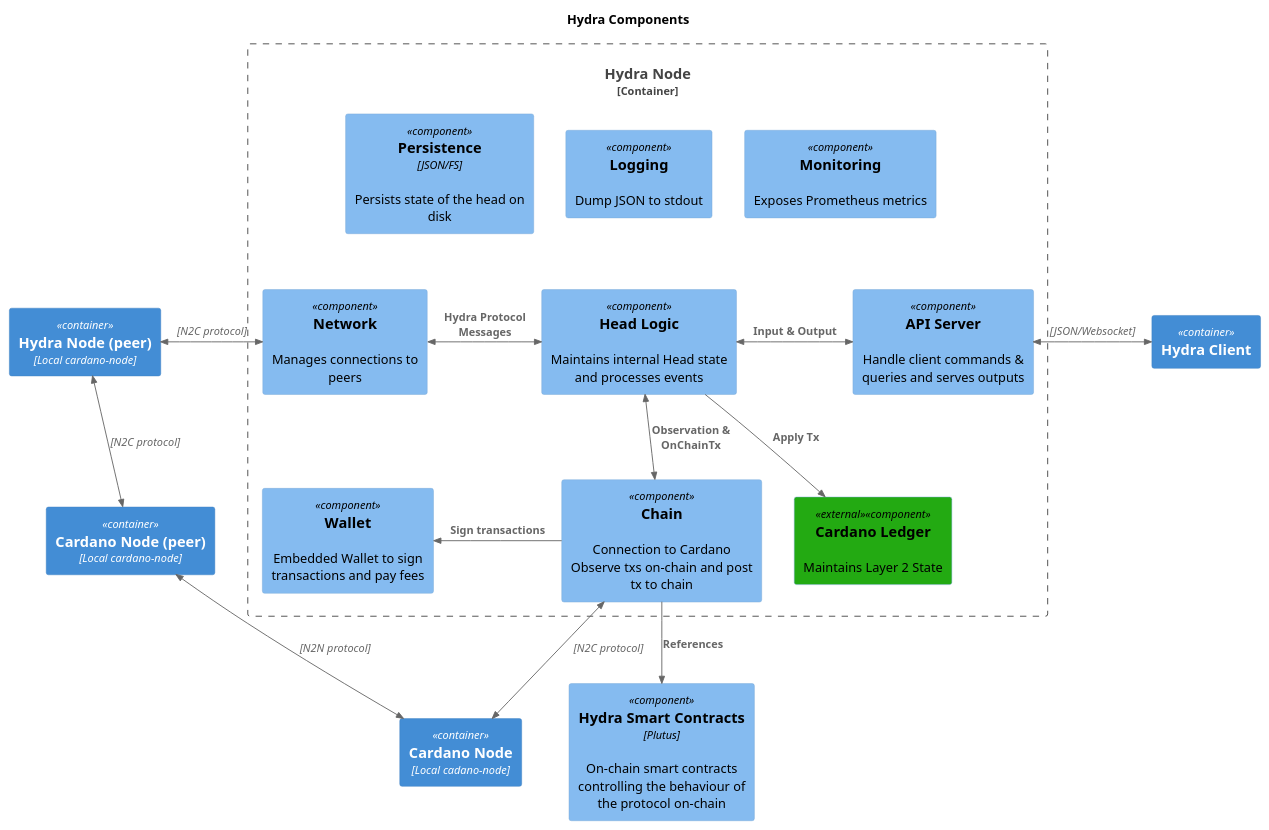
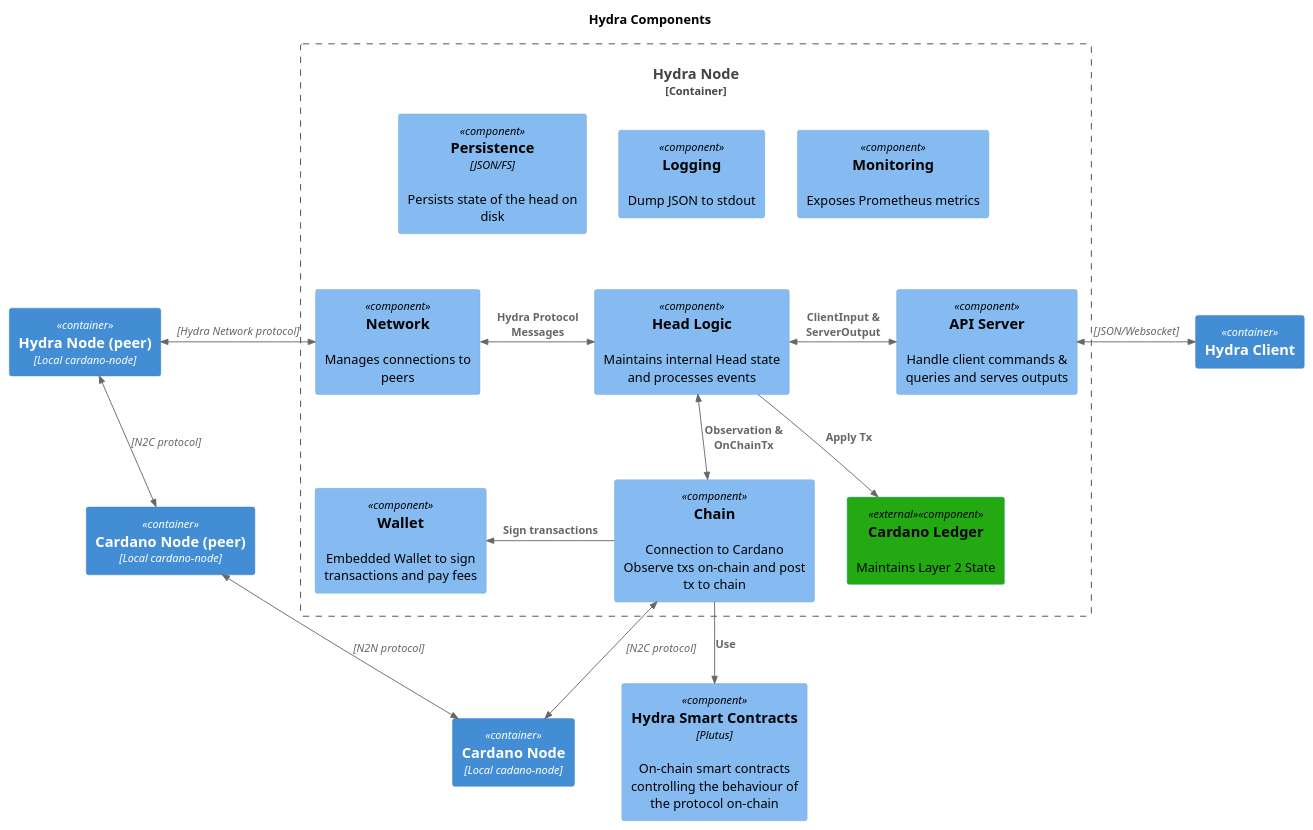
The diagram in core-concepts/architecture/architecture-c4.puml (cardano-scaling/website), drawn with PlantUML before and after one commit. The commit also changed 1 other file, not shown here.

```diff
--- a/core-concepts/architecture/architecture-c4.puml
+++ b/core-concepts/architecture/architecture-c4.puml
@@ -1,42 +1,42 @@
 @startuml hydra-components.png
 title "Hydra Components"
 !include https://raw.githubusercontent.com/plantuml-stdlib/C4-PlantUML/master/C4_Component.puml
 
 AddElementTag("external", $bgColor="#23aa12")
 
 Container_Boundary(hydra_node, "Hydra Node") {
    Component(persistence, "Persistence", "JSON/FS", "Persists state of the head on disk", $link="https://github.com/input-output-hk/hydra/blob/master/hydra-node/src/Hydra/Persistence.hs")
    Component(head_logic, "Head Logic", "", "Maintains internal Head state and processes events", $link="https://github.com/input-output-hk/hydra/blob/master/hydra-node/src/Hydra/HeadLogic.hs")
    Component(api_server, "API Server", "", "Handle client commands & queries and serves outputs", $link="https://github.com/input-output-hk/hydra/blob/master/hydra-node/src/Hydra/API/Server.hs")
    Component(chain, "Chain", "", "Connection to Cardano\nObserve txs on-chain and post tx to chain", $link="https://github.com/input-output-hk/hydra/blob/master/hydra-node/src/Hydra/Chain.hs")
    Component(wallet, "Wallet", "", "Embedded Wallet to sign transactions and pay fees", $link="https://github.com/input-output-hk/hydra/blob/master/hydra-node/src/Hydra/Chain/Direct/Wallet.hs")
    Component(network, "Network", "", "Manages connections to peers", $link="https://github.com/input-output-hk/hydra/blob/master/hydra-node/src/Hydra/Network.hs")
    Component(logging, "Logging", "", "Dump JSON to stdout", $link="https://github.com/input-output-hk/hydra/blob/master/hydra-node/src/Hydra/Logging.hs")
    Component(monitoring, "Monitoring", "", "Exposes Prometheus metrics", $link="https://github.com/input-output-hk/hydra/blob/master/hydra-node/src/Hydra/Logging/Monitoring.hs")
    Component(ledger, "Cardano Ledger", "", "Maintains Layer 2 State", $tags="external")
 
    Lay_U(head_logic, persistence)
    Lay_U(head_logic, logging)
    Lay_U(head_logic, monitoring)
    BiRel_L(head_logic, network, "Hydra Protocol Messages", "")
-   BiRel_R(head_logic, api_server, "Input & Output", "")
+   BiRel_R(head_logic, api_server, "ClientInput & ServerOutput", "")
    BiRel_D(head_logic, chain, "Observation & OnChainTx", "")
    Rel_D(head_logic, ledger, "Apply Tx")
 
    Rel_L(chain, wallet, "Sign transactions", "")
 }
 
 Container(hydra_node_peer, "Hydra Node (peer)", "Local cardano-node")
 Container(cardano_node, "Cardano Node", "Local cadano-node")
 Container(cardano_node_peer, "Cardano Node (peer)", "Local cardano-node")
 Container(hydra_client, "Hydra Client", "")
 Component(smart_contracts, "Hydra Smart Contracts", "Plutus", "On-chain smart contracts controlling the behaviour of the protocol on-chain", $link="https://github.com/input-output-hk/hydra/tree/master/hydra-plutus")
-Rel(chain, smart_contracts, "References", "")
+Rel(chain, smart_contracts, "Use", "")
 BiRel_D(chain, cardano_node, "", "N2C protocol")
 BiRel_L(cardano_node, cardano_node_peer, "", "N2N protocol")
 BiRel(hydra_node_peer, cardano_node_peer, "", "N2C protocol")
-BiRel_L(network, hydra_node_peer, "", "N2C protocol")
+BiRel_L(network, hydra_node_peer, "", "Hydra Network protocol")
 BiRel_R(api_server, hydra_client, "", "JSON/Websocket")
 
 
 @enduml
```
